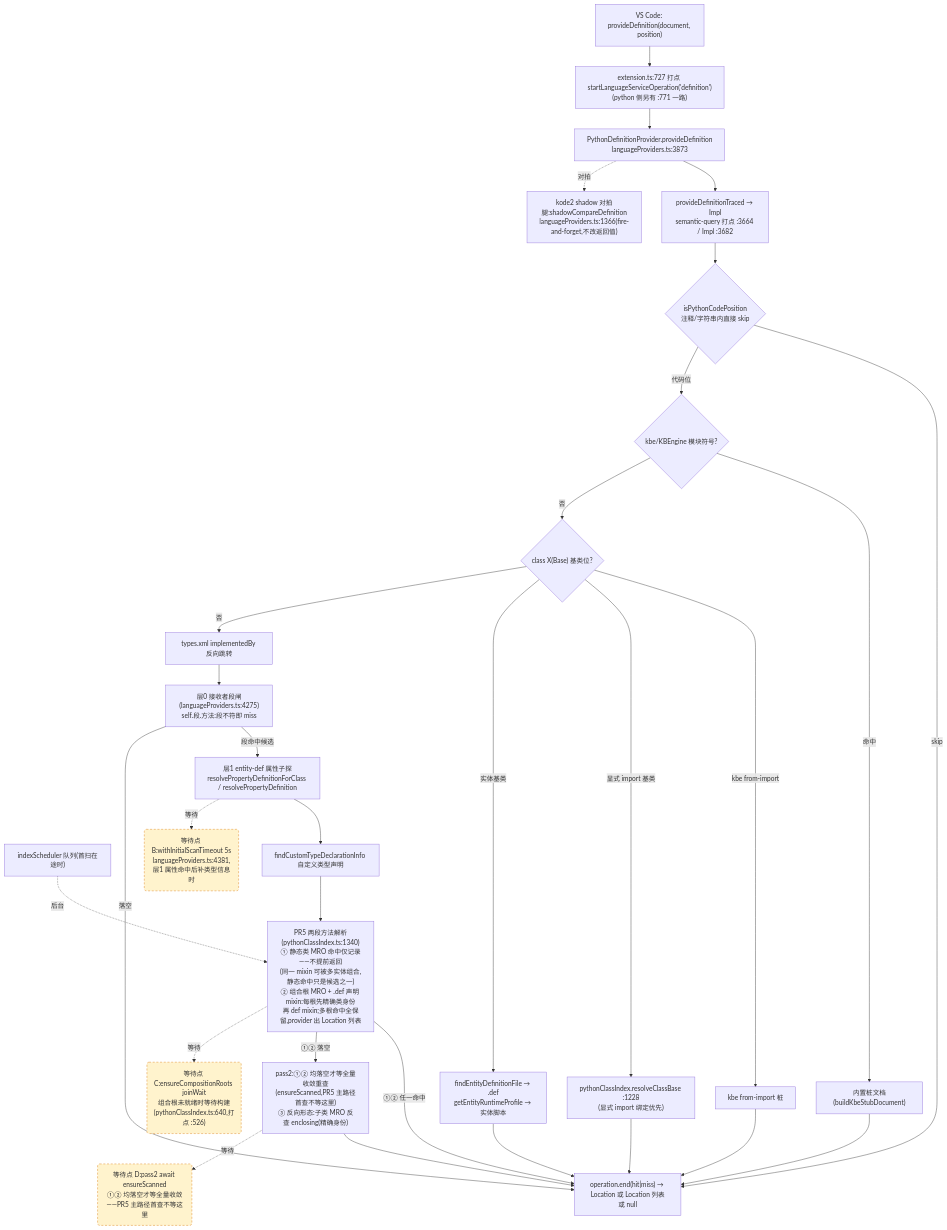
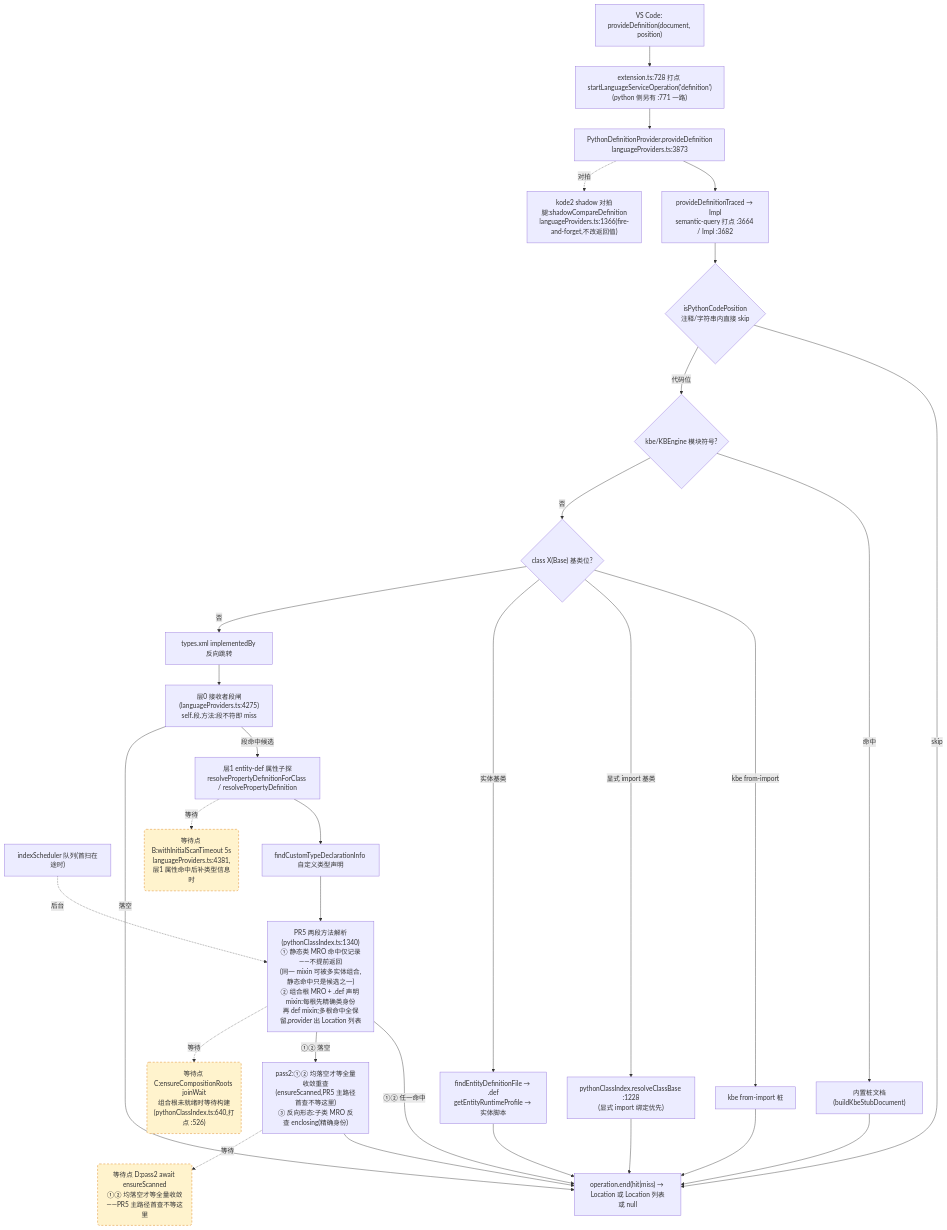
One commit to cuihairu/kode changed the second of 4 diagrams in docs/perf/2026-baseline.md. Above: the diagram before and after it, drawn with Mermaid. The commit also changed other lines of this file and 12 other files, not shown here.

````diff
--- a/docs/perf/2026-baseline.md
+++ b/docs/perf/2026-baseline.md
@@ -130,51 +130,51 @@
 ```mermaid
 flowchart TD
   VC2["VS Code: provideDefinition(document, position)"]
-  M2["extension.ts:727 打点 startLanguageServiceOperation('definition')<br/>(python 侧另有 :771 一路)"]
+  M2["extension.ts:728 打点 startLanguageServiceOperation('definition')<br/>(python 侧另有 :771 一路)"]
   AD2["PythonDefinitionProvider.provideDefinition<br/>languageProviders.ts:3873"]
   TR["provideDefinitionTraced → Impl<br/>semantic-query 打点 :3664 / Impl :3682"]
   CTX{"isPythonCodePosition<br/>注释/字符串内直接 skip"}
   KBE{"kbe/KBEngine 模块符号?"}
   STUB["内置桩文档(buildKbeStubDocument)"]
   CB{"class X(Base) 基类位?"}
   CB1["kbe from-import 桩"]
   CB2["pythonClassIndex.resolveClassBase :1228<br/>(显式 import 绑定优先)"]
   CB3["findEntityDefinitionFile → .def<br/>getEntityRuntimeProfile → 实体脚本"]
   REV["types.xml implementedBy 反向跳转"]
   L0["层0 接收者段闸(languageProviders.ts:4275)<br/>self.段.方法:段不符即 miss"]
   L1["层1 entity-def 属性子探<br/>resolvePropertyDefinitionForClass / resolvePropertyDefinition"]
   SCAN["indexScheduler 队列(首扫在途时)"]
   TY["findCustomTypeDeclarationInfo 自定义类型声明"]
   MRO["PR5 两段方法解析(pythonClassIndex.ts:1340)<br/>① 静态类 MRO 命中仅记录——不提前返回<br/>(同一 mixin 可被多实体组合,静态命中只是候选之一)<br/>② 组合根 MRO + .def 声明 mixin:每根先精确类身份<br/>再 def mixin;多根命中全保留,provider 出 Location 列表"]
   PASS2["pass2:①② 均落空才等全量收敛重查<br/>(ensureScanned,PR5 主路径首查不等这里)<br/>③ 反向形态:子类 MRO 反查 enclosing(精确身份)"]
   SHD["kode2 shadow 对拍腿:shadowCompareDefinition<br/>languageProviders.ts:1366(fire-and-forget,不改返回值)"]
   END2["operation.end(hit|miss) → Location 或 Location 列表或 null"]
 
   VC2 --> M2 --> AD2 --> TR --> CTX
   CTX -- "skip" --> END2
   CTX -- "代码位" --> KBE
   KBE -- "命中" --> STUB --> END2
   KBE -- "否" --> CB
   CB -- "kbe from-import" --> CB1 --> END2
   CB -- "显式 import 基类" --> CB2 --> END2
   CB -- "实体基类" --> CB3 --> END2
   CB -- "否" --> REV --> L0
   L0 -- "段命中候选" --> L1
   L0 -- "落空" --> END2
   L1 --> TY
   TY --> MRO
   MRO -- "①② 任一命中" --> END2
   MRO -- "①② 落空" --> PASS2 --> END2
   AD2 -.->|对拍| SHD
 
   WAITB("等待点 B:withInitialScanTimeout 5s<br/>languageProviders.ts:4381,层1 属性命中后补类型信息时")
   WAITC("等待点 C:ensureCompositionRoots joinWait<br/>组合根未就绪时等待构建(pythonClassIndex.ts:640,打点 :526)")
   WAITD("等待点 D:pass2 await ensureScanned<br/>①② 均落空才等全量收敛——PR5 主路径首查不等这里")
   L1 -.->|等待| WAITB
   MRO -.->|等待| WAITC
   PASS2 -.->|等待| WAITD
   SCAN -.->|后台| MRO
 
   classDef waitPoint fill:#fff3cd,stroke:#d97706,stroke-dasharray:5 4;
   class WAITB,WAITC,WAITD waitPoint;
 ```
````
